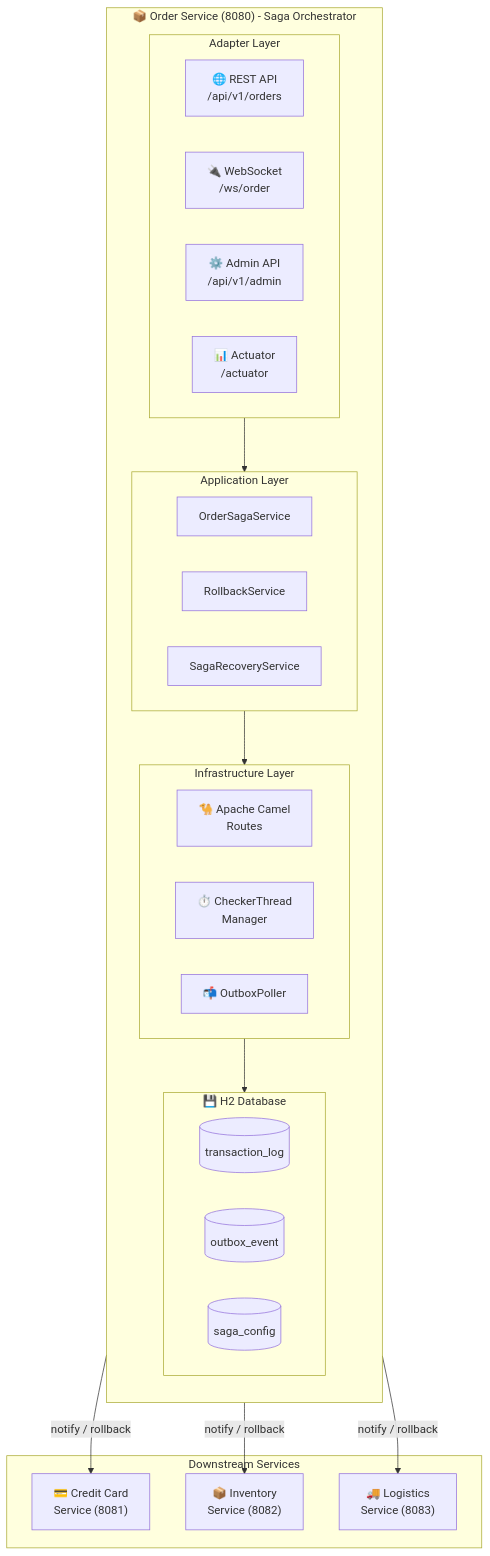
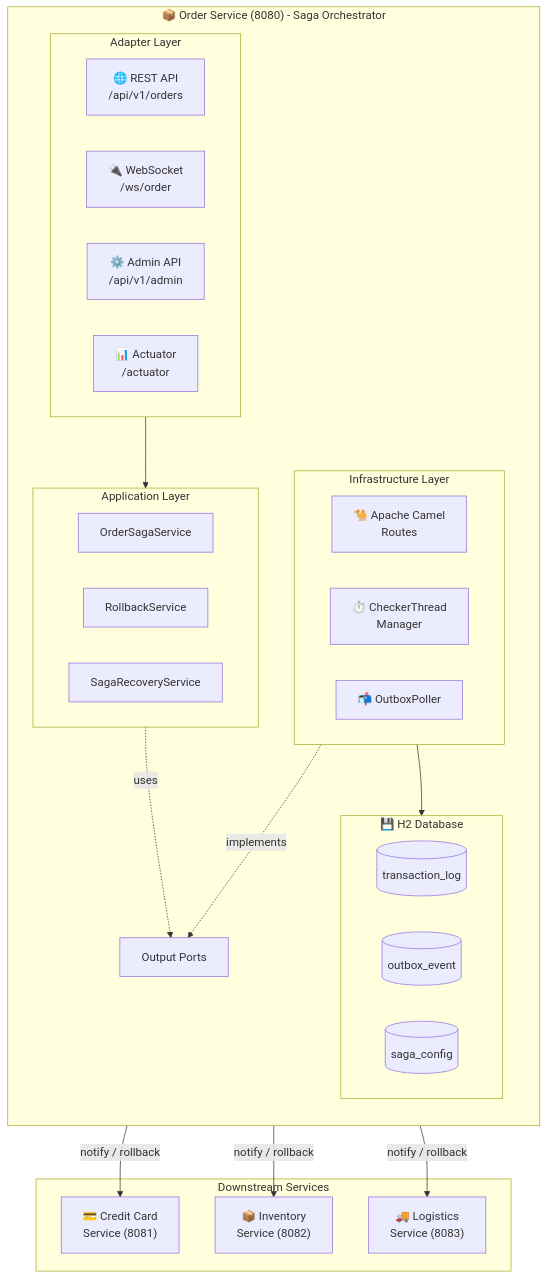
Before and after one commit to ChunPingWang/saga-camel: the first of 6 diagrams in README.md, drawn with Mermaid. The commit also changed other lines of this file, not shown here.

First line of the commit message:
docs: 修正 README 架構圖的依賴方向說明

````diff
--- a/README.md
+++ b/README.md
@@ -26,44 +26,45 @@
 ```mermaid
 flowchart TB
     subgraph OrderService["📦 Order Service (8080) - Saga Orchestrator"]
         direction TB
         subgraph Adapters["Adapter Layer"]
             REST["🌐 REST API<br/>/api/v1/orders"]
             WS["🔌 WebSocket<br/>/ws/order"]
             Admin["⚙️ Admin API<br/>/api/v1/admin"]
             Act["📊 Actuator<br/>/actuator"]
         end
 
         subgraph App["Application Layer"]
             OSS["OrderSagaService"]
             RS["RollbackService"]
             SRS["SagaRecoveryService"]
         end
 
         subgraph Infra["Infrastructure Layer"]
             Camel["🐪 Apache Camel<br/>Routes"]
             Checker["⏱️ CheckerThread<br/>Manager"]
             Poller["📬 OutboxPoller"]
         end
 
         subgraph DB["💾 H2 Database"]
             TL[(transaction_log)]
             OE[(outbox_event)]
             SC[(saga_config)]
         end
 
         Adapters --> App
-        App --> Infra
+        App -.->|uses| OutPort["Output Ports"]
+        Infra -.->|implements| OutPort
         Infra --> DB
     end
 
     subgraph Services["Downstream Services"]
         CC["💳 Credit Card<br/>Service (8081)"]
         INV["📦 Inventory<br/>Service (8082)"]
         LOG["🚚 Logistics<br/>Service (8083)"]
     end
 
     OrderService -->|"notify / rollback"| CC
     OrderService -->|"notify / rollback"| INV
     OrderService -->|"notify / rollback"| LOG
 ```
````
